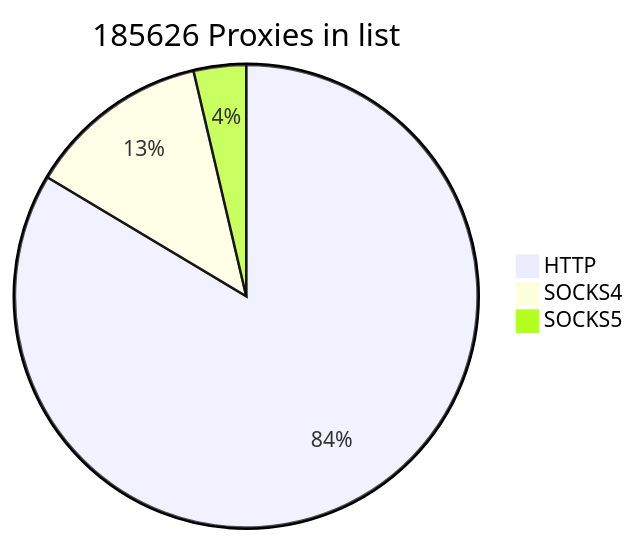
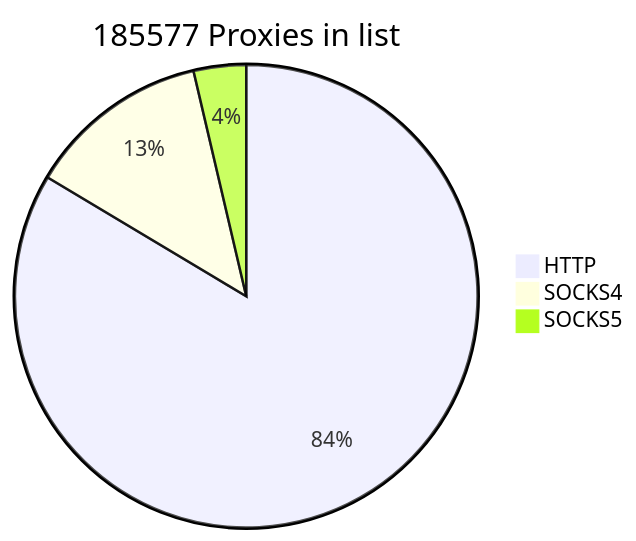
The first of 2 diagrams in README.md (cutipu/proxylist), drawn with Mermaid before and after one commit. The commit also changed other lines of this file, not shown here.

````diff
--- a/README.md
+++ b/README.md
@@ -2,7 +2,7 @@
 ```mermaid
-pie title 185626 Proxies in list
-    "HTTP" : 155156
-    "SOCKS4" : 23678
+pie title 185577 Proxies in list
+    "HTTP" : 155106
+    "SOCKS4" : 23679
     "SOCKS5" : 6792
             
 ```
````
